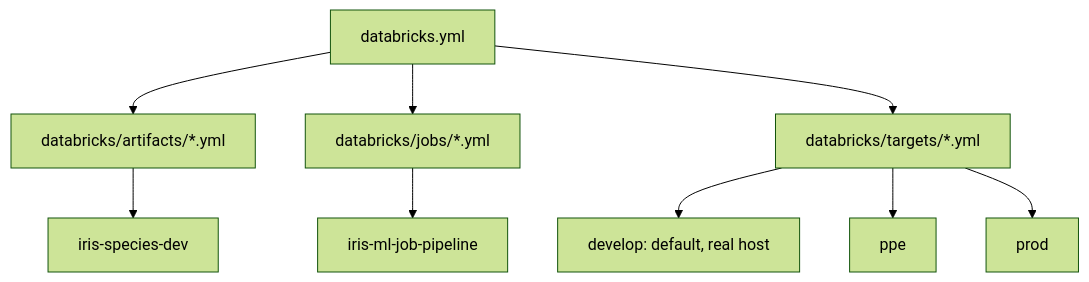
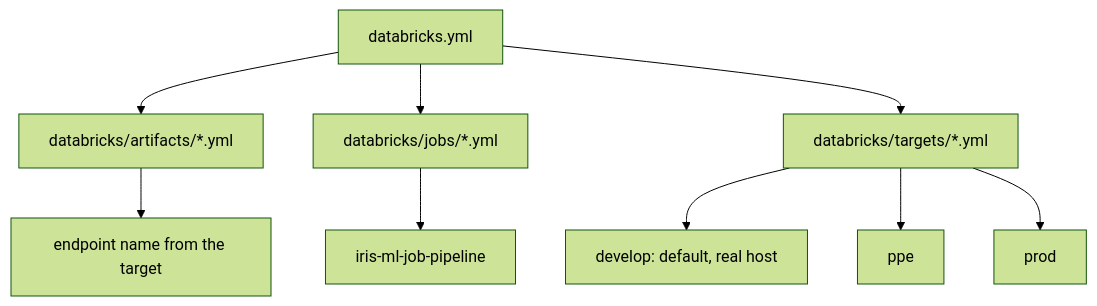
The first of 4 diagrams in docs/guides/eli25-databricks-productionalisation.md (akumawavez/iris-ml-prod-test), drawn with Mermaid (forest theme) before and after one commit. The commit also changed other lines of this file and 77 other files, not shown here.

````diff
--- a/docs/guides/eli25-databricks-productionalisation.md
+++ b/docs/guides/eli25-databricks-productionalisation.md
@@ -34,11 +37,11 @@
 ```mermaid
 flowchart TD
   root["databricks.yml"] --> artifacts["databricks/artifacts/*.yml"]
   root --> jobs["databricks/jobs/*.yml"]
   root --> targets["databricks/targets/*.yml"]
-  artifacts --> endpoint["iris-species-dev"]
+  artifacts --> endpoint["endpoint name from the target"]
   jobs --> pipeline["iris-ml-job-pipeline"]
   targets --> develop["develop: default, real host"]
   targets --> ppe["ppe"]
   targets --> prod["prod"]
 ```
````
